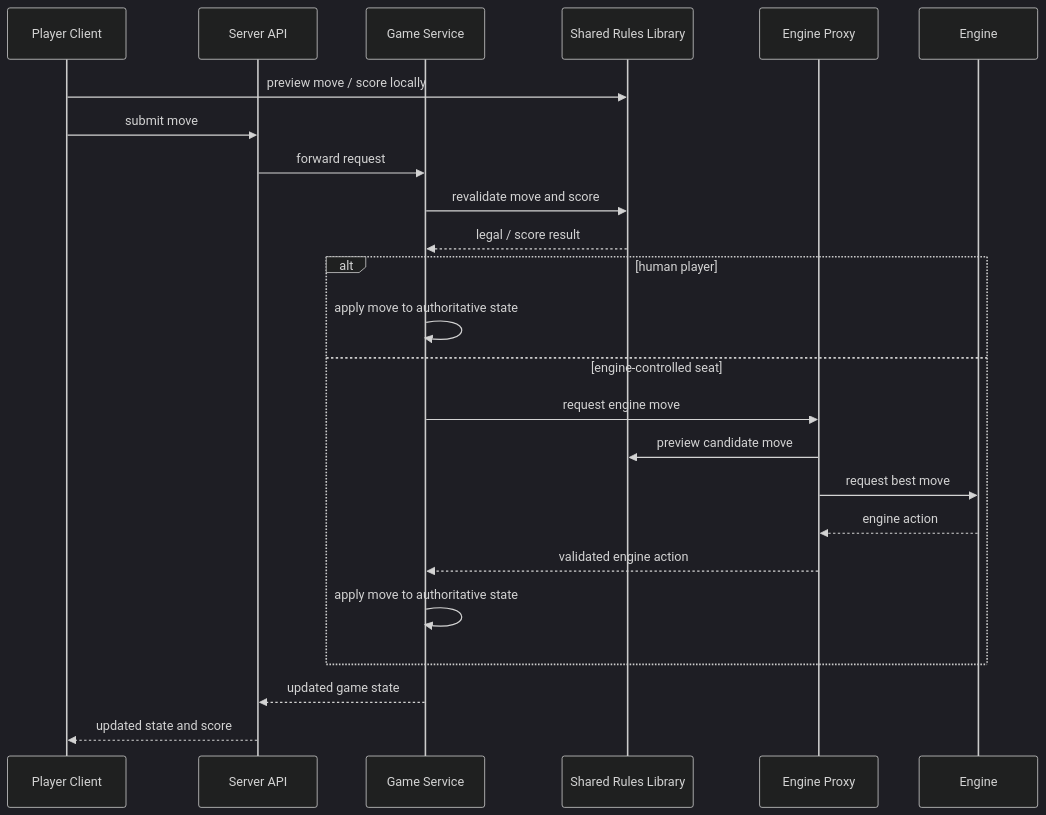
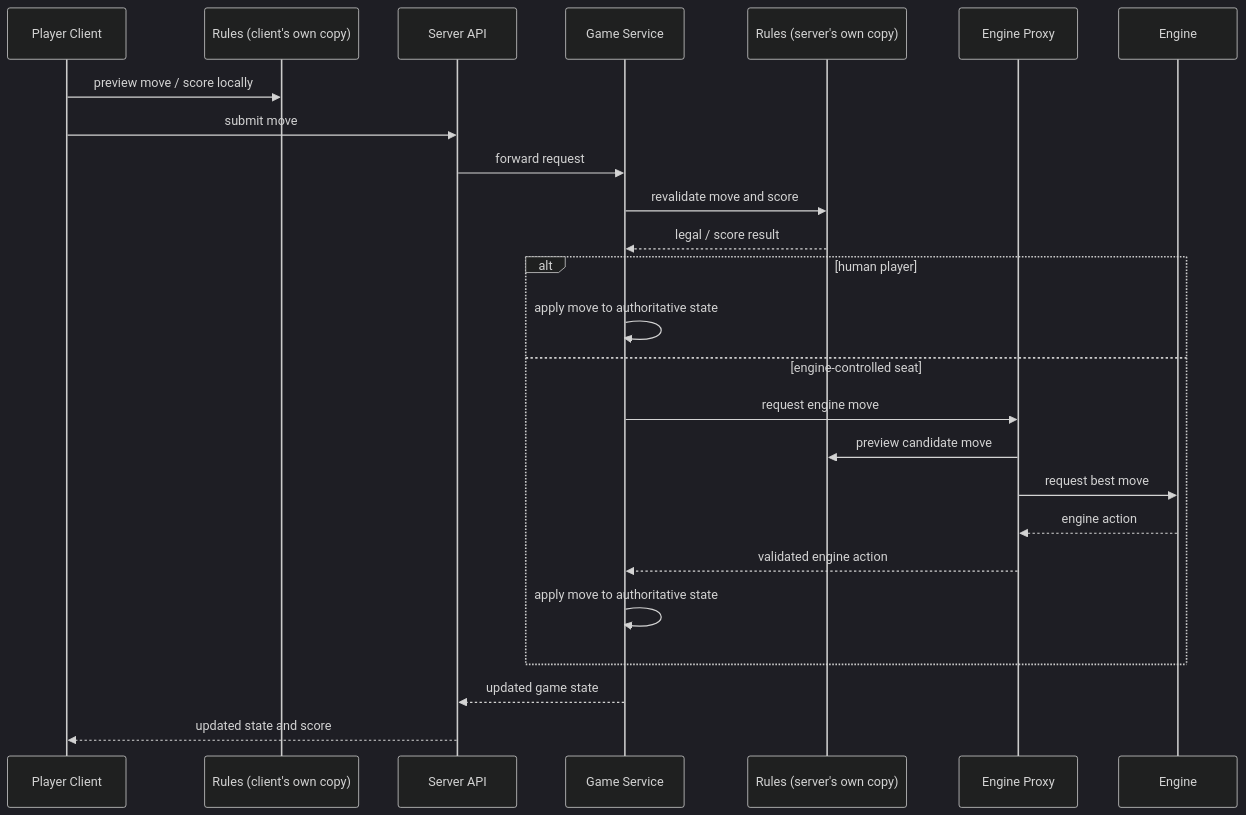
Before and after one commit to SteveStyle/tile-lite-elite: the second of 2 diagrams in docs/1.2-components-and-interactions.md, drawn with Mermaid (dark theme). The commit also changed other lines of this file and 2 other files, not shown here.

First line of the commit message:
Add field-level provenance to the schema docs, plus a diagram per endpoint group

````diff
--- a/docs/1.2-components-and-interactions.md
+++ b/docs/1.2-components-and-interactions.md
@@ -56,27 +59,28 @@
 ```mermaid
 sequenceDiagram
   participant P as Player Client
+  participant RC as Rules (client's own copy)
   participant S as Server API
   participant G as Game Service
-  participant R as Shared Rules Library
+  participant RS as Rules (server's own copy)
   participant X as Engine Proxy
   participant E as Engine
 
-  P->>R: preview move / score locally
+  P->>RC: preview move / score locally
   P->>S: submit move
   S->>G: forward request
-  G->>R: revalidate move and score
-  R-->>G: legal / score result
+  G->>RS: revalidate move and score
+  RS-->>G: legal / score result
   alt human player
     G->>G: apply move to authoritative state
   else engine-controlled seat
     G->>X: request engine move
-    X->>R: preview candidate move
+    X->>RS: preview candidate move
     X->>E: request best move
     E-->>X: engine action
     X-->>G: validated engine action
     G->>G: apply move to authoritative state
   end
   G-->>S: updated game state
   S-->>P: updated state and score
 ```
````
